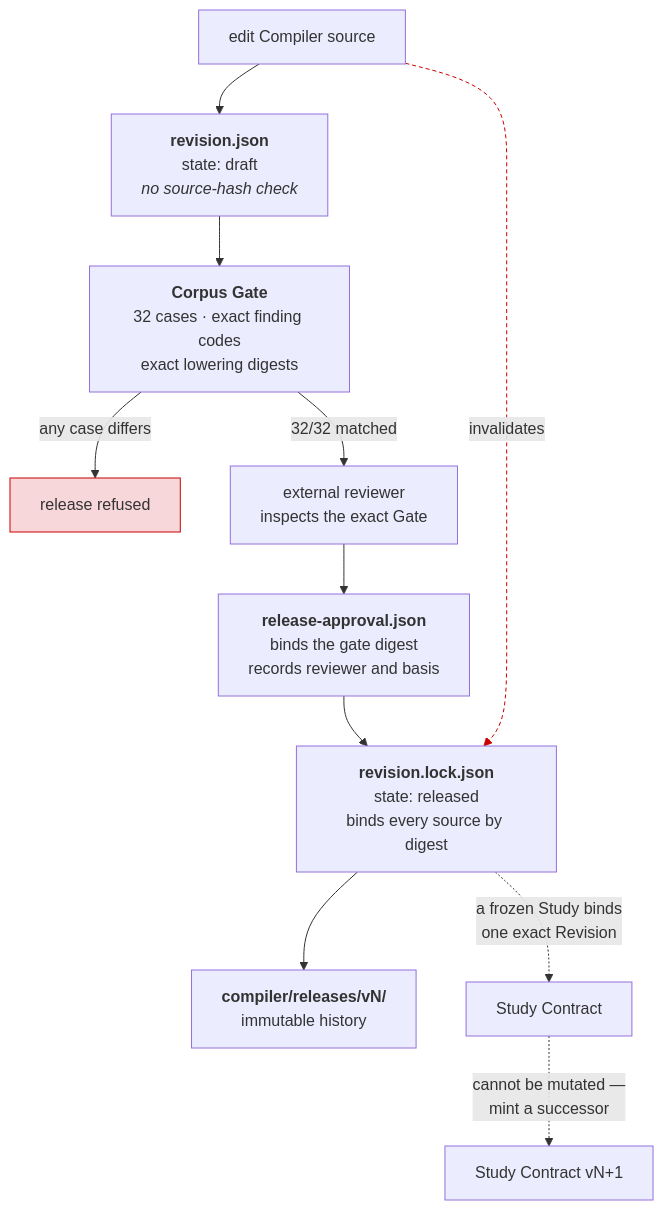
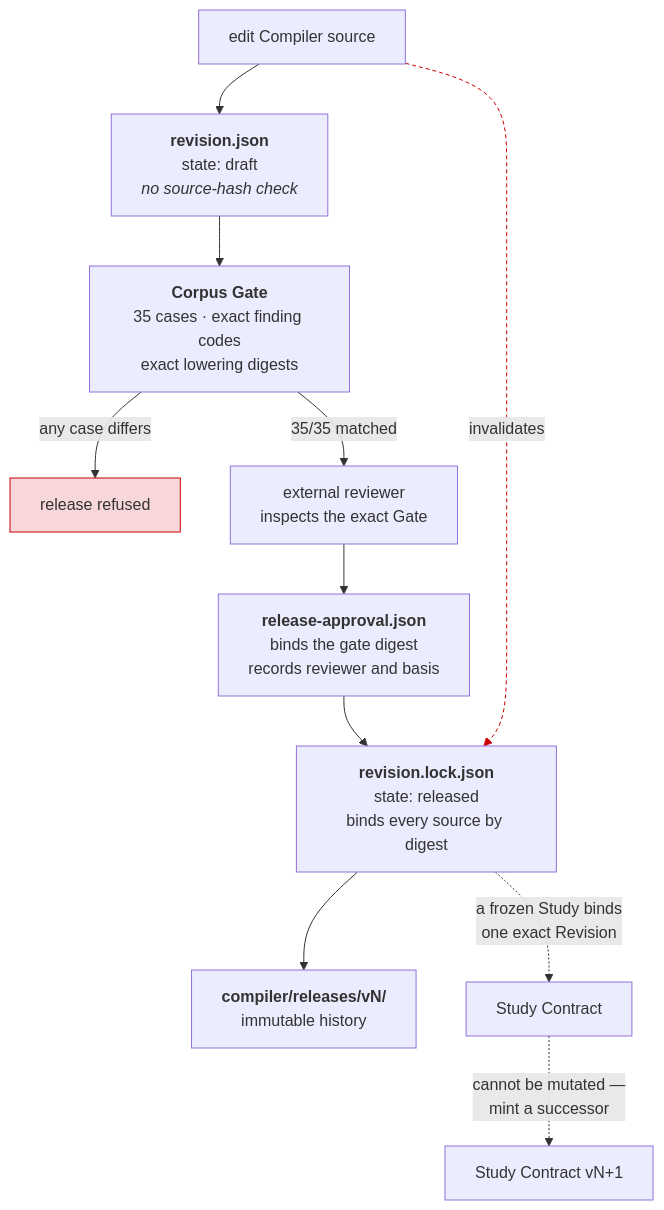
The sixth of 7 diagrams in docs/ARCHITECTURE.md (qhy991/open-cake-ir), drawn with Mermaid before and after one commit. The commit also changed 27 other files, not shown here.

````diff
--- a/docs/ARCHITECTURE.md
+++ b/docs/ARCHITECTURE.md
@@ -238,17 +238,17 @@
 ```mermaid
 graph TD
     E["edit Compiler source"] --> D["<b>revision.json</b><br/>state: draft<br/><i>no source-hash check</i>"]
-    D --> G["<b>Corpus Gate</b><br/>32 cases · exact finding codes<br/>exact lowering digests"]
+    D --> G["<b>Corpus Gate</b><br/>35 cases · exact finding codes<br/>exact lowering digests"]
     G -->|"any case differs"| STOP["release refused"]
-    G -->|"32/32 matched"| R["external reviewer<br/>inspects the exact Gate"]
+    G -->|"35/35 matched"| R["external reviewer<br/>inspects the exact Gate"]
     R --> AP["<b>release-approval.json</b><br/>binds the gate digest<br/>records reviewer and basis"]
     AP --> L["<b>revision.lock.json</b><br/>state: released<br/>binds every source by digest"]
     L --> AR["<b>compiler/releases/vN/</b><br/>immutable history"]
 
     L -.->|"a frozen Study binds<br/>one exact Revision"| SC["Study Contract"]
     E -.->|"invalidates"| L
     SC -.->|"cannot be mutated —<br/>mint a successor"| SC2["Study Contract vN+1"]
 
     style STOP fill:#f8d7da,stroke:#c00
     linkStyle 8 stroke:#c00,stroke-dasharray:4 3
 ```
````
